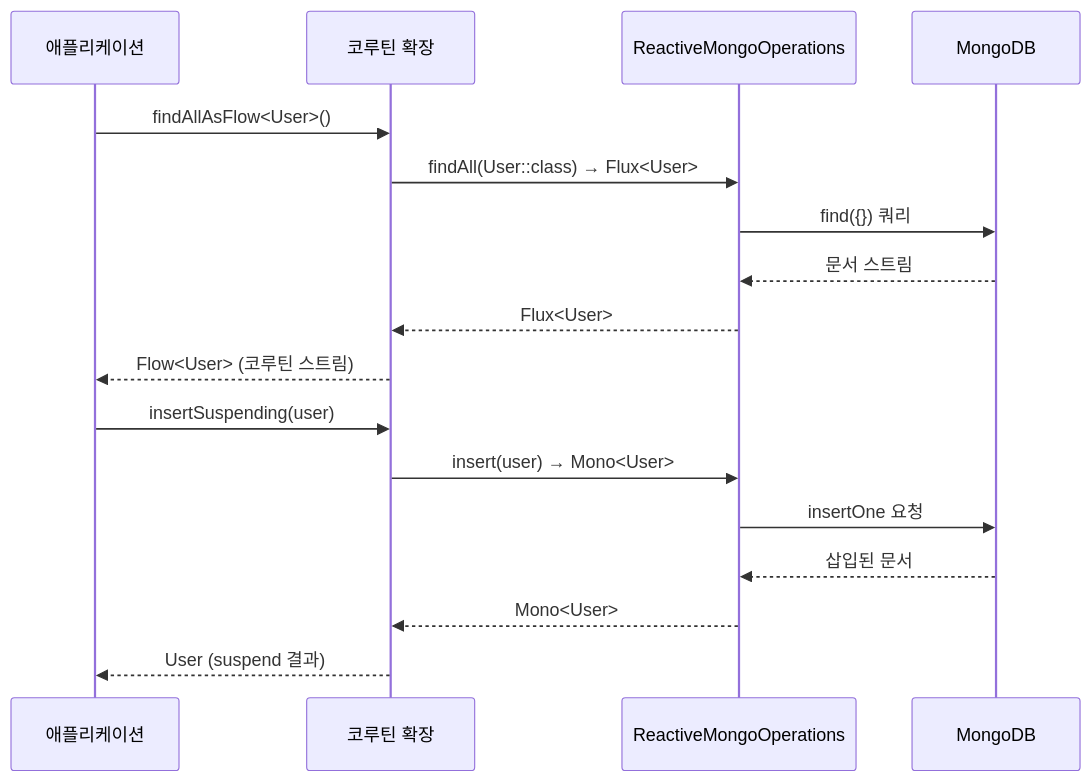
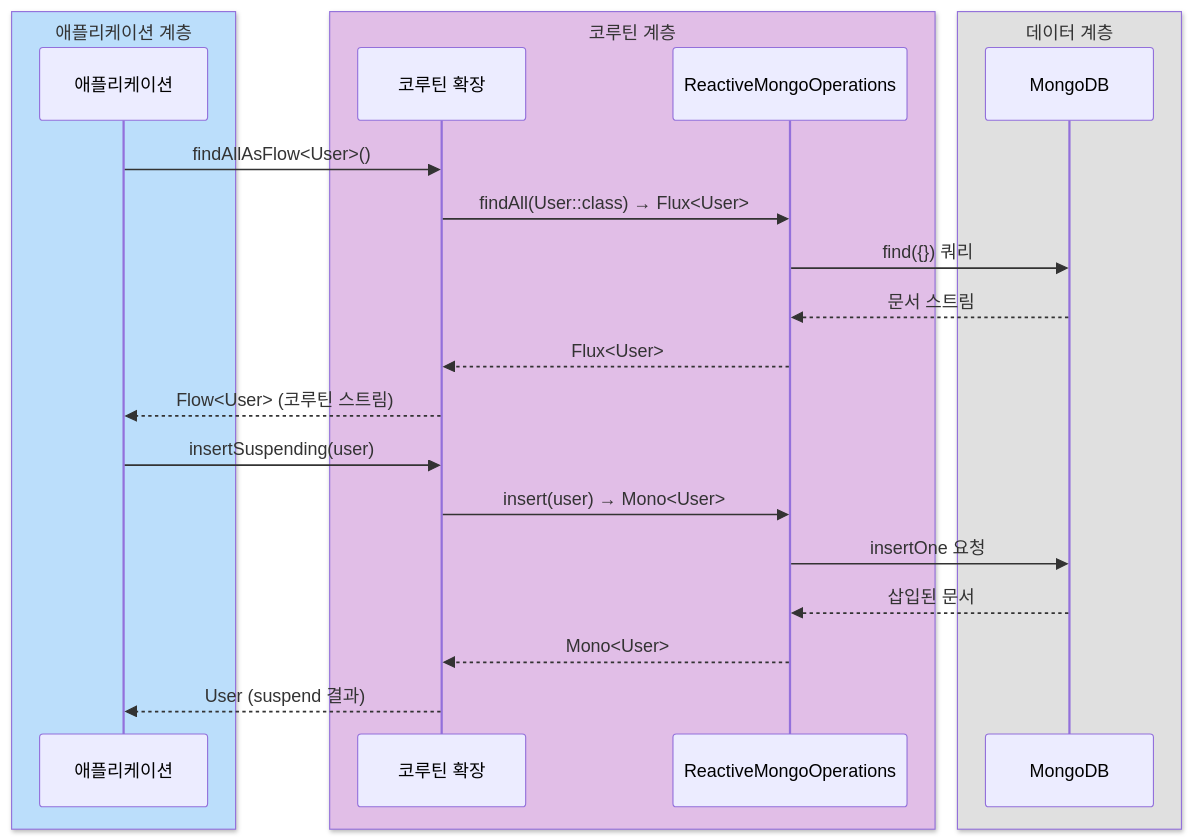
Before and after one commit to bluetape4k/bluetape4k-projects: the fourth of 4 diagrams in spring-boot4/mongodb/README.ko.md, drawn with Mermaid. The commit also changed other lines of this file and 221 other files, not shown here.

First line of the commit message:
docs: 전체 모듈 README UML 다이어그램 보강 및 색상 업그레이드

````diff
--- a/spring-boot4/mongodb/README.ko.md
+++ b/spring-boot4/mongodb/README.ko.md
@@ -190,21 +220,27 @@
 ```mermaid
 sequenceDiagram
-    participant App as 애플리케이션
-    participant Ext as 코루틴 확장
-    participant Ops as ReactiveMongoOperations
-    participant DB as MongoDB
+    box rgb(187,222,251) 애플리케이션 계층
+        participant App as 애플리케이션
+    end
+    box rgb(225,190,231) 코루틴 계층
+        participant Ext as 코루틴 확장
+        participant Ops as ReactiveMongoOperations
+    end
+    box rgb(224,224,224) 데이터 계층
+        participant DB as MongoDB
+    end
 
     App->>Ext: findAllAsFlow<User>()
     Ext->>Ops: findAll(User::class) → Flux<User>
     Ops->>DB: find({}) 쿼리
     DB-->>Ops: 문서 스트림
     Ops-->>Ext: Flux<User>
     Ext-->>App: Flow<User> (코루틴 스트림)
 
     App->>Ext: insertSuspending(user)
     Ext->>Ops: insert(user) → Mono<User>
     Ops->>DB: insertOne 요청
     DB-->>Ops: 삽입된 문서
     Ops-->>Ext: Mono<User>
     Ext-->>App: User (suspend 결과)
 ```
````
